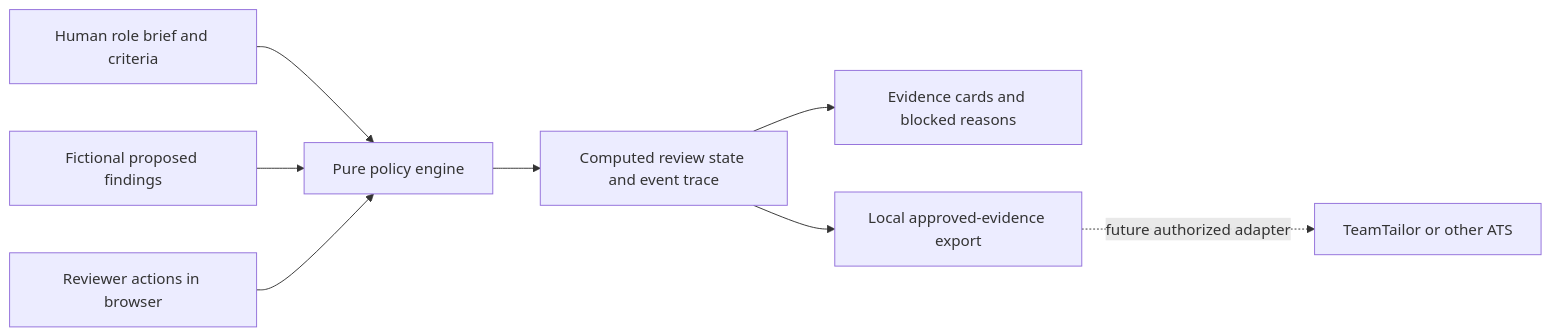
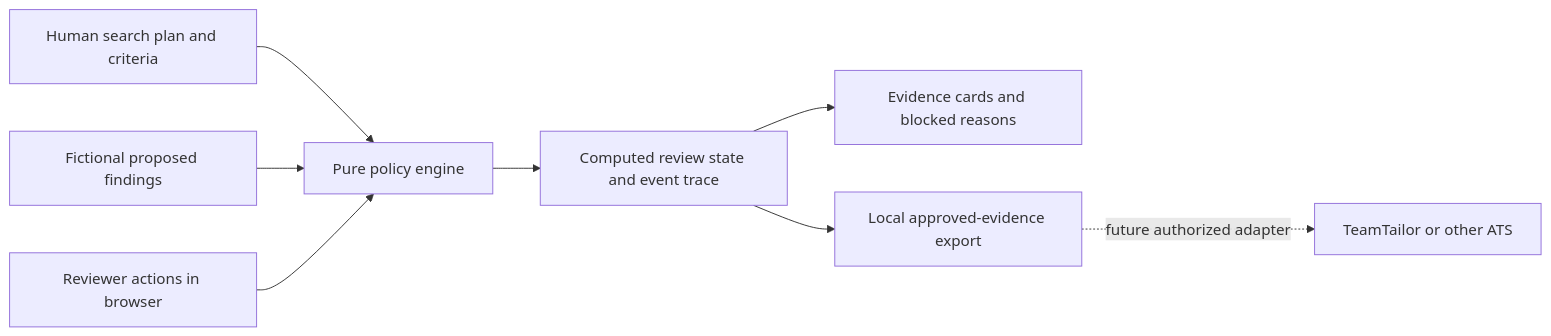
The first of 3 diagrams in docs/architecture.md (DiadkoShmek/talent-research-workflow-prototype), drawn with Mermaid before and after one commit. The commit also changed other lines of this file and 16 other files, not shown here.

````diff
--- a/docs/architecture.md
+++ b/docs/architecture.md
@@ -18,10 +19,10 @@
 ```mermaid
 flowchart LR
-    B[Human role brief and criteria] --> E[Pure policy engine]
+    B[Human search plan and criteria] --> E[Pure policy engine]
     F[Fictional proposed findings] --> E
     U[Reviewer actions in browser] --> E
     E --> Q[Computed review state and event trace]
     Q --> V[Evidence cards and blocked reasons]
     Q --> X[Local approved-evidence export]
     X -. future authorized adapter .-> ATS[TeamTailor or other ATS]
 ```
````
